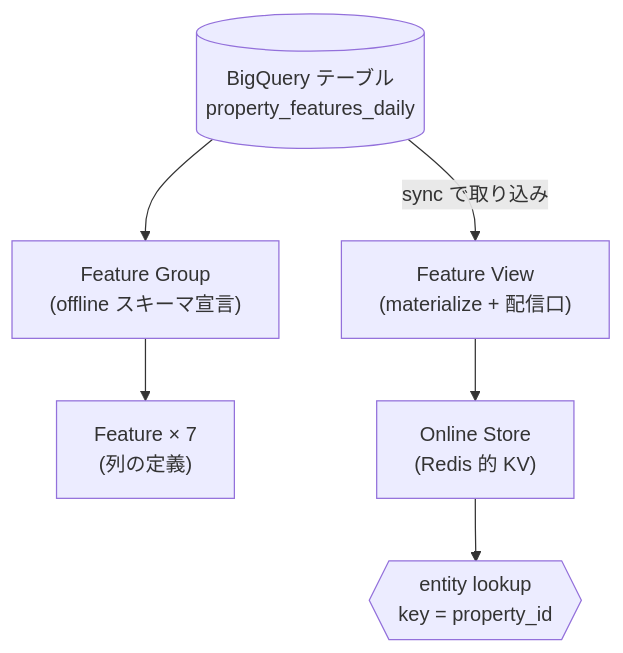
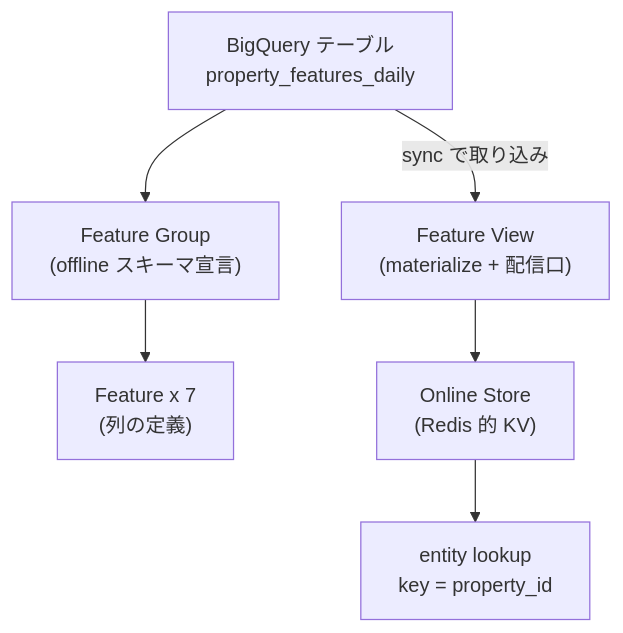
The fourth of 10 diagrams in docs/Feature-store入門.md (kurosawa-kuro/study-gcp-feature-store), drawn with Mermaid before and after one commit. The commit also changed other lines of this file and 6 other files, not shown here.

````diff
--- a/docs/Feature-store入門.md
+++ b/docs/Feature-store入門.md
@@ -108,15 +102,14 @@
 ```mermaid
-flowchart TB
-    BQ[("BigQuery テーブル<br/>property_features_daily")]
+graph TB
+    BQ["BigQuery テーブル<br/>property_features_daily"]
     FG["Feature Group<br/>(offline スキーマ宣言)"]
-    FT["Feature × 7<br/>(列の定義)"]
+    FT["Feature x 7<br/>(列の定義)"]
     OS["Online Store<br/>(Redis 的 KV)"]
     FV["Feature View<br/>(materialize + 配信口)"]
-    LOOKUP{{"entity lookup<br/>key = property_id"}}
-
+    LOOKUP["entity lookup<br/>key = property_id"]
     BQ --> FG
     FG --> FT
-    BQ -->|sync で取り込み| FV
+    BQ -->|"sync で取り込み"| FV
     FV --> OS
     OS --> LOOKUP
 ```
````
